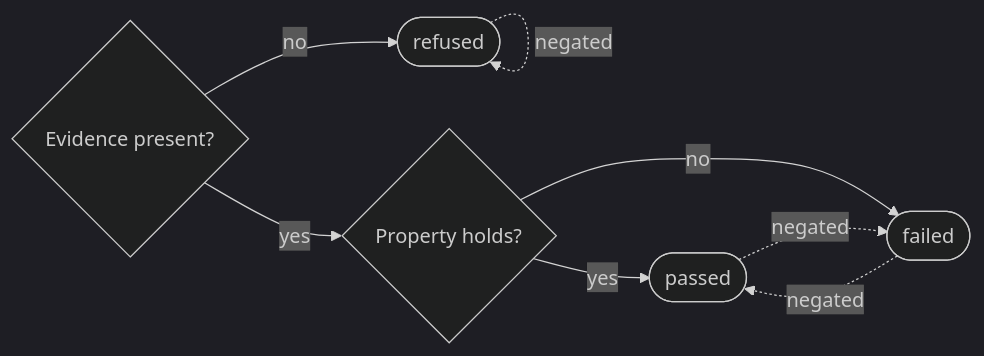
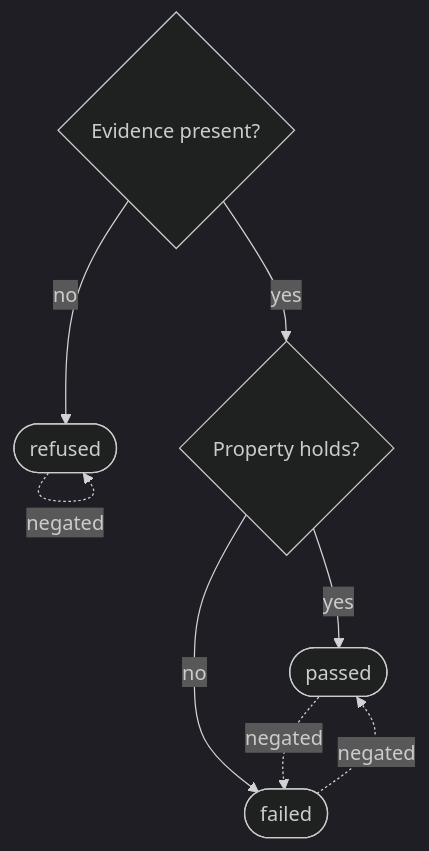
The second of 2 diagrams in docs-site/content/docs/how-it-works.mdx (taucad/geospec), drawn with Mermaid (dark theme) before and after one commit. The commit also changed 17 other files, not shown here.

````diff
--- a/docs-site/content/docs/how-it-works.mdx
+++ b/docs-site/content/docs/how-it-works.mdx
@@ -63,10 +63,10 @@
 ```mermaid
-flowchart LR
+flowchart TD
   A{Evidence present?} -->|no| R([refused])
   A -->|yes| B{Property holds?}
   B -->|yes| P([passed])
   B -->|no| F([failed])
   P -. negated .-> F
   F -. negated .-> P
   R -. negated .-> R
 ```
````
